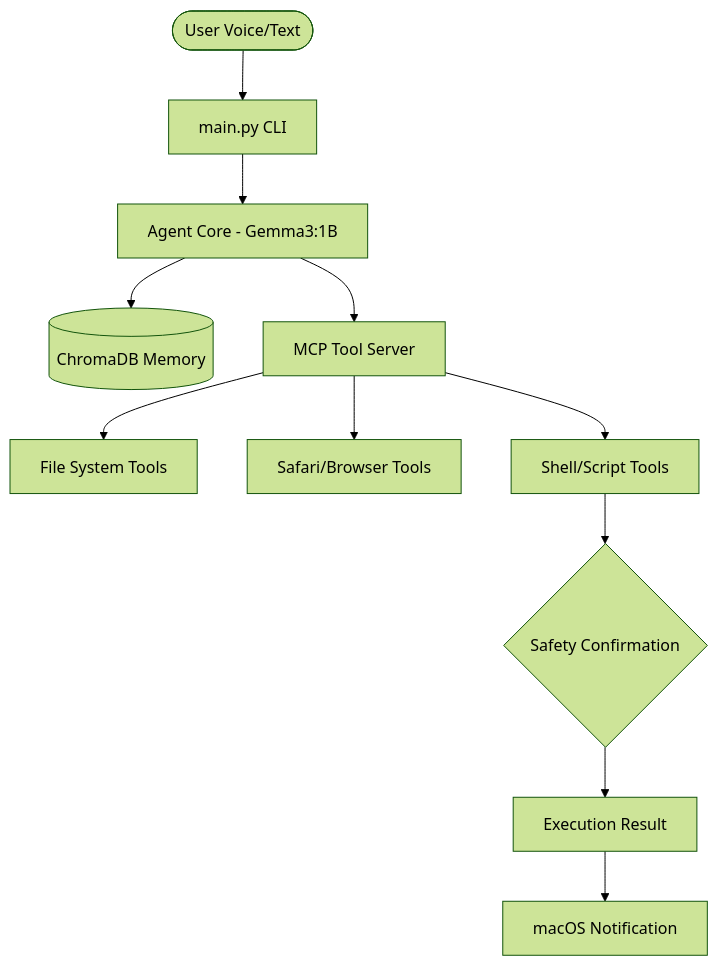
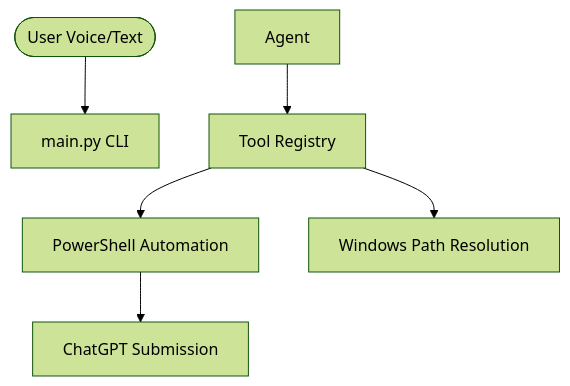
The diagram in README.md (ankitxrishav/Context-Aware-Agentic-OS-Assistant), drawn with Mermaid (forest theme) before and after one commit. The commit also changed other lines of this file and 13 other files, not shown here.

Commit message:
Windows Port v1: PowerShell automation, native notifications, and Windows path resolution

````diff
--- a/README.md
+++ b/README.md
@@ -62,13 +42,8 @@
 ```mermaid
 graph TD
     User([User Voice/Text]) --> Main[main.py CLI]
-    Main --> Agent[Agent Core - Gemma3:1B]
-    Agent --> Memory[(ChromaDB Memory)]
-    Agent --> Registry[MCP Tool Server]
-    Registry --> Files[File System Tools]
-    Registry --> Browser[Safari/Browser Tools]
-    Registry --> System[Shell/Script Tools]
-    System --> Safety{Safety Confirmation}
-    Safety --> Exec[Execution Result]
-    Exec --> Notification[macOS Notification]
+    Agent --> Registry[Tool Registry]
+    Registry --> PS[PowerShell Automation]
+    PS --> ChatGPT[ChatGPT Submission]
+    Registry --> Files[Windows Path Resolution]
 ```
````
